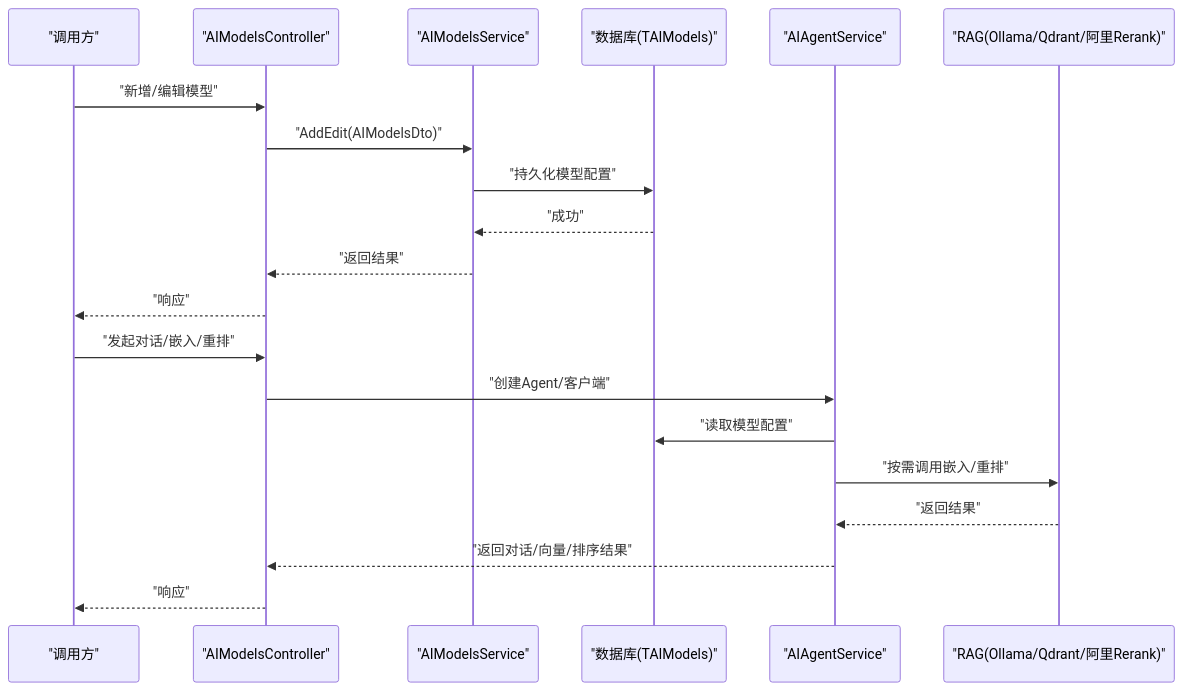
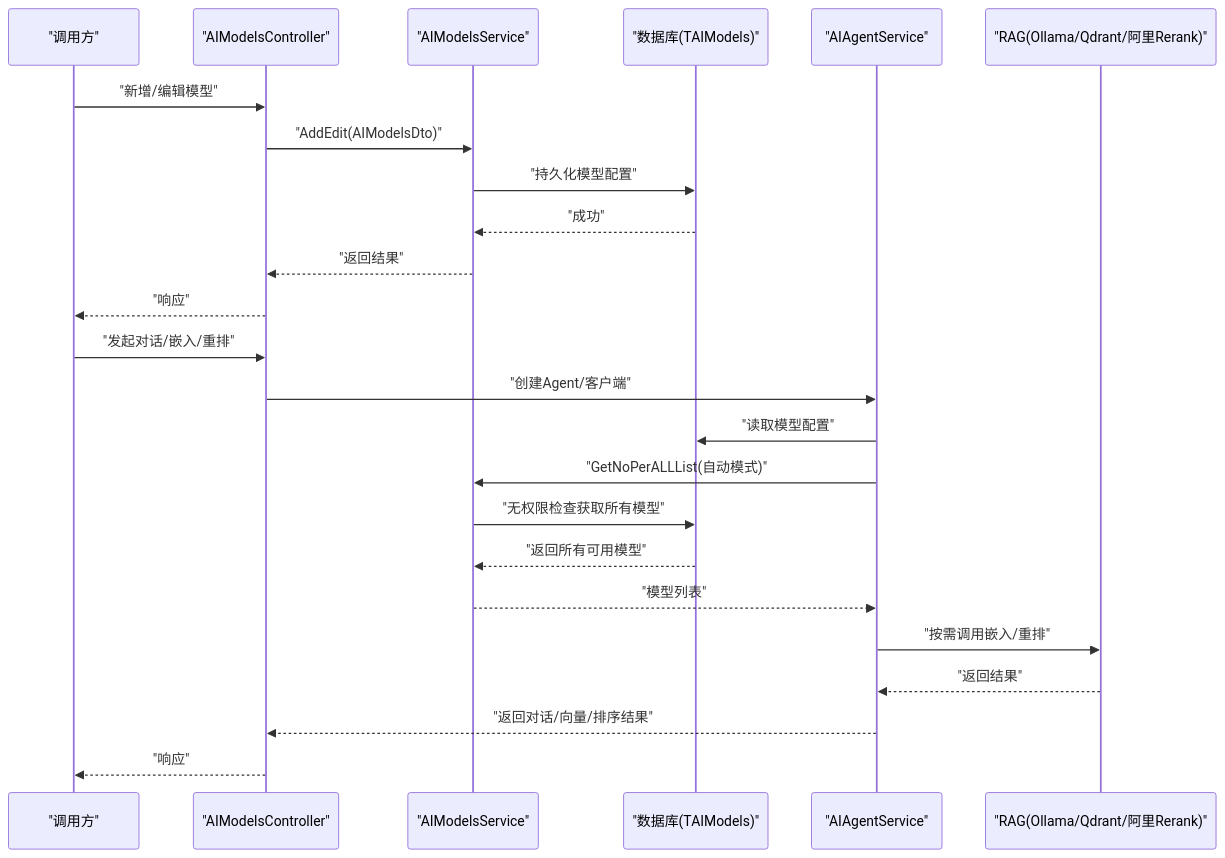
The second of 7 diagrams in .qoder/repowiki/zh/content/核心模块/AI智能助手/AI模型管理.md (junkai-li/NetCoreKevin), drawn with Mermaid before and after one commit. The commit also changed other lines of this file and 7 other files, not shown here.

````diff
--- a/.qoder/repowiki/zh/content/核心模块/AI智能助手/AI模型管理.md
+++ b/.qoder/repowiki/zh/content/核心模块/AI智能助手/AI模型管理.md
@@ -105,22 +124,26 @@
 ```mermaid
 sequenceDiagram
 participant U as "调用方"
 participant C as "AIModelsController"
 participant S as "AIModelsService"
 participant DB as "数据库(TAIModels)"
 participant AG as "AIAgentService"
 participant R as "RAG(Ollama/Qdrant/阿里Rerank)"
 U->>C : "新增/编辑模型"
 C->>S : "AddEdit(AIModelsDto)"
 S->>DB : "持久化模型配置"
 DB-->>S : "成功"
 S-->>C : "返回结果"
 C-->>U : "响应"
 U->>C : "发起对话/嵌入/重排"
 C->>AG : "创建Agent/客户端"
 AG->>DB : "读取模型配置"
+AG->>S : "GetNoPerALLList(自动模式)"
+S->>DB : "无权限检查获取所有模型"
+DB-->>S : "返回所有可用模型"
+S-->>AG : "模型列表"
 AG->>R : "按需调用嵌入/重排"
 R-->>AG : "返回结果"
 AG-->>C : "返回对话/向量/排序结果"
 C-->>U : "响应"
 ```
````
